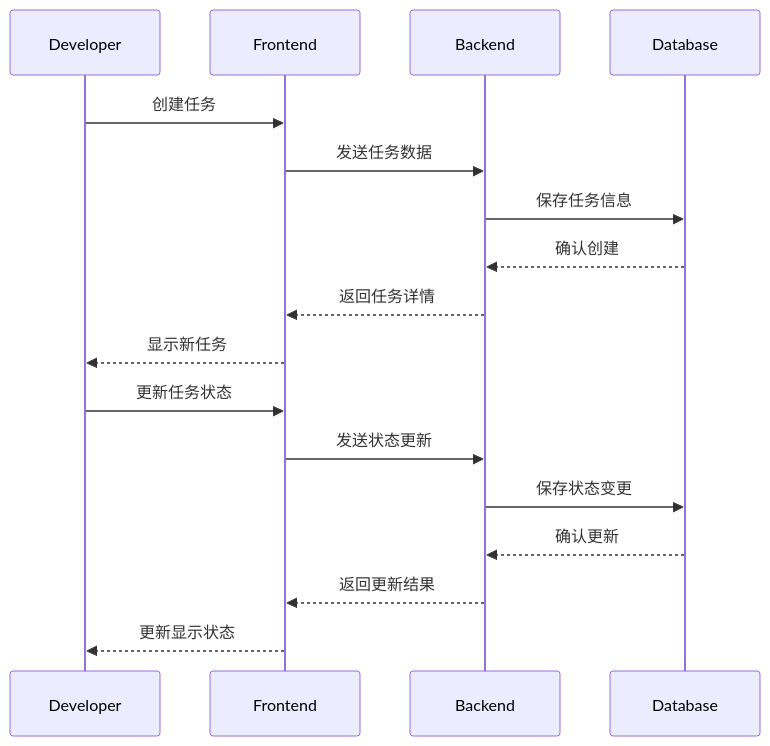
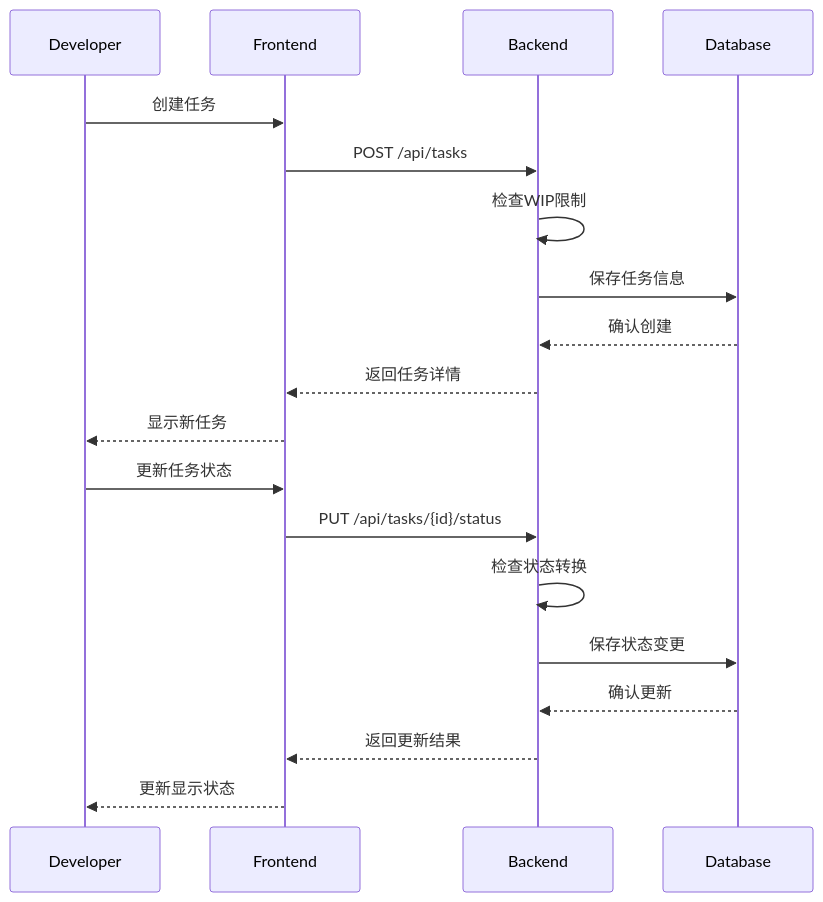
The fourth of 4 diagrams in doc/design/basic-design/functional.md (yorkdick/gira), drawn with Mermaid before and after one commit. The commit also changed other lines of this file and 5 other files, not shown here.

````diff
--- a/doc/design/basic-design/functional.md
+++ b/doc/design/basic-design/functional.md
@@ -98,21 +102,23 @@
 ```mermaid
 sequenceDiagram
     participant Developer
     participant Frontend
     participant Backend
     participant Database
     
     Developer->>Frontend: 创建任务
-    Frontend->>Backend: 发送任务数据
+    Frontend->>Backend: POST /api/tasks
+    Backend->>Backend: 检查WIP限制
     Backend->>Database: 保存任务信息
     Database-->>Backend: 确认创建
     Backend-->>Frontend: 返回任务详情
     Frontend-->>Developer: 显示新任务
     
     Developer->>Frontend: 更新任务状态
-    Frontend->>Backend: 发送状态更新
+    Frontend->>Backend: PUT /api/tasks/{id}/status
+    Backend->>Backend: 检查状态转换
     Backend->>Database: 保存状态变更
     Database-->>Backend: 确认更新
     Backend-->>Frontend: 返回更新结果
     Frontend-->>Developer: 更新显示状态
 ```
````
